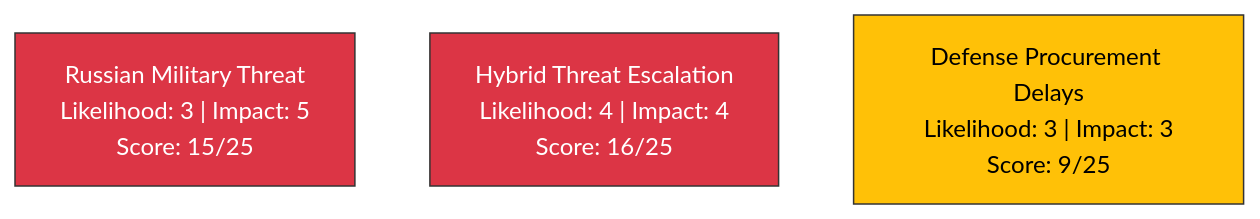
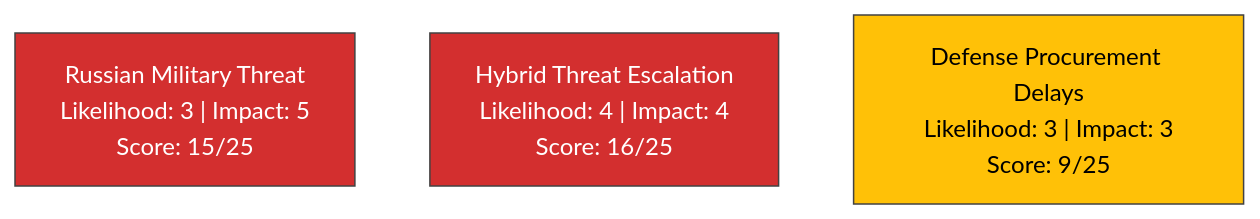
One commit to Hack23/riksdagsmonitor changed the second of 2 diagrams in analysis/daily/2026-03-31/documents/HD01UU6-analysis.md. Above: the diagram before and after it, drawn with Mermaid. The commit also changed other lines of this file and 785 other files, not shown here.

First line of the commit message:
Normalize mermaid colors across 786 analysis artifacts to ISMS Style Guide palette

````diff
--- a/analysis/daily/2026-03-31/documents/HD01UU6-analysis.md
+++ b/analysis/daily/2026-03-31/documents/HD01UU6-analysis.md
@@ -89,9 +89,9 @@
 ```mermaid
 graph TD
     R1["Russian Military Threat<br/>Likelihood: 3 | Impact: 5<br/>Score: 15/25"]
     R2["Hybrid Threat Escalation<br/>Likelihood: 4 | Impact: 4<br/>Score: 16/25"]
     R3["Defense Procurement Delays<br/>Likelihood: 3 | Impact: 3<br/>Score: 9/25"]
-    style R1 fill:#dc3545,stroke:#333,color:#fff
-    style R2 fill:#dc3545,stroke:#333,color:#fff
-    style R3 fill:#ffc107,stroke:#333,color:#000
+    style R1 fill:#D32F2F,stroke:#424242,color:#FFFFFF
+    style R2 fill:#D32F2F,stroke:#424242,color:#FFFFFF
+    style R3 fill:#FFC107,stroke:#424242,color:#000000
 ```
````
